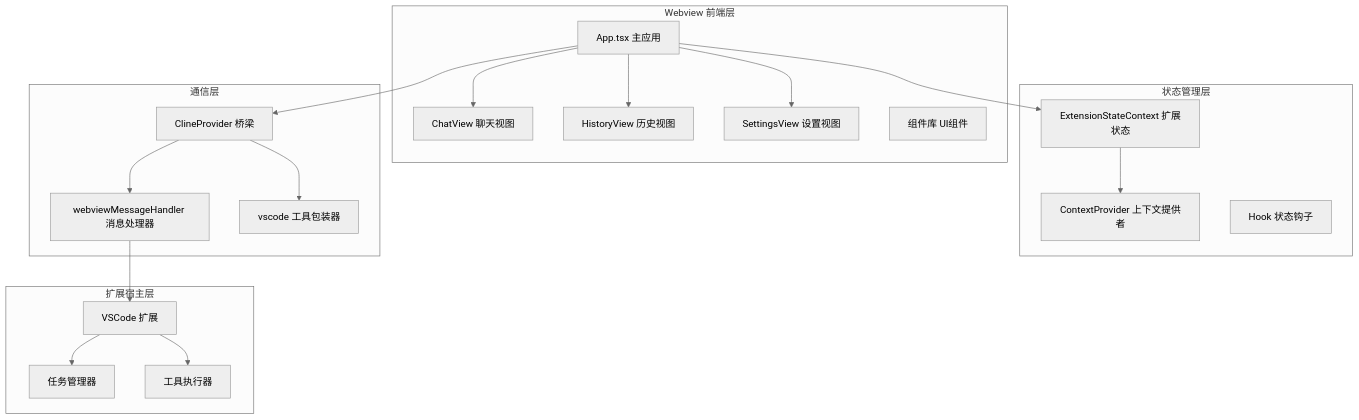
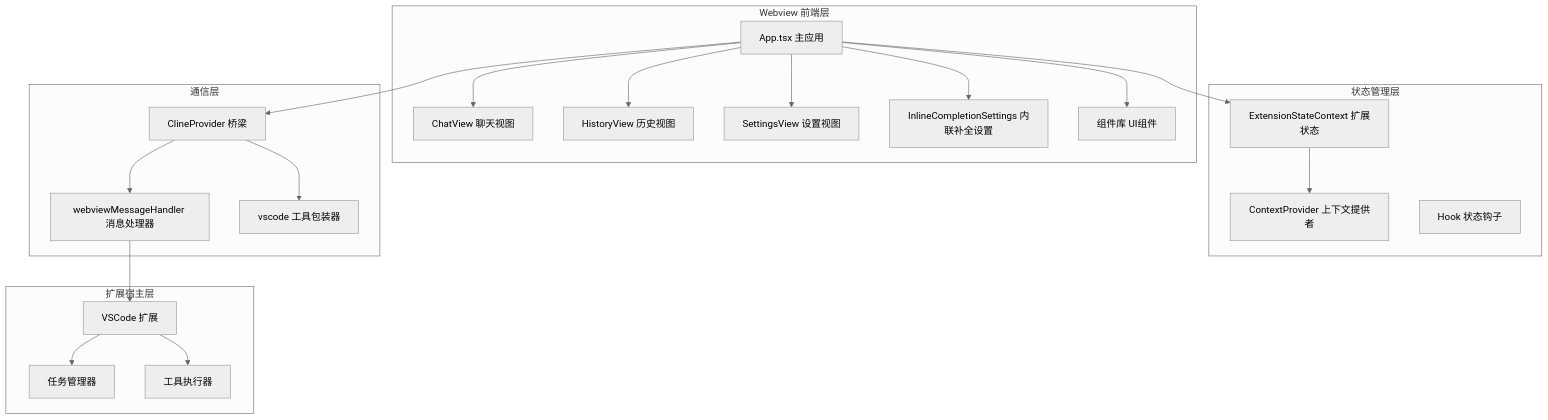
One commit to JunjieChen0/NJUST changed the first of 9 diagrams in .qoder/repowiki/zh/content/项目概述/核心功能特性/Webview 界面系统/Webview 界面系统.md. Above: the diagram before and after it, drawn with Mermaid (neutral theme). The commit also changed other lines of this file and 402 other files, not shown here.

````diff
--- a/.qoder/repowiki/zh/content/项目概述/核心功能特性/Webview 界面系统/Webview 界面系统.md
+++ b/.qoder/repowiki/zh/content/项目概述/核心功能特性/Webview 界面系统/Webview 界面系统.md
@@ -40,36 +47,39 @@
 ```mermaid
 graph TB
 subgraph "Webview 前端层"
 A[App.tsx 主应用]
 B[ChatView 聊天视图]
 C[HistoryView 历史视图]
 D[SettingsView 设置视图]
-E[组件库 UI组件]
+E[InlineCompletionSettings 内联补全设置]
+F[组件库 UI组件]
 end
 subgraph "状态管理层"
-F[ExtensionStateContext 扩展状态]
-G[ContextProvider 上下文提供者]
-H[Hook 状态钩子]
+G[ExtensionStateContext 扩展状态]
+H[ContextProvider 上下文提供者]
+I[Hook 状态钩子]
 end
 subgraph "通信层"
-I[ClineProvider 桥梁]
-J[webviewMessageHandler 消息处理器]
-K[vscode 工具包装器]
+J[ClineProvider 桥梁]
+K[webviewMessageHandler 消息处理器]
+L[vscode 工具包装器]
 end
 subgraph "扩展宿主层"
-L[VSCode 扩展]
-M[任务管理器]
-N[工具执行器]
+M[VSCode 扩展]
+N[任务管理器]
+O[工具执行器]
 end
 A --> B
 A --> C
 A --> D
+A --> E
 A --> F
-F --> G
-A --> I
-I --> J
-I --> K
+A --> G
+G --> H
+A --> J
+J --> K
 J --> L
-L --> M
-L --> N
+K --> M
+M --> N
+M --> O
 ```
````
